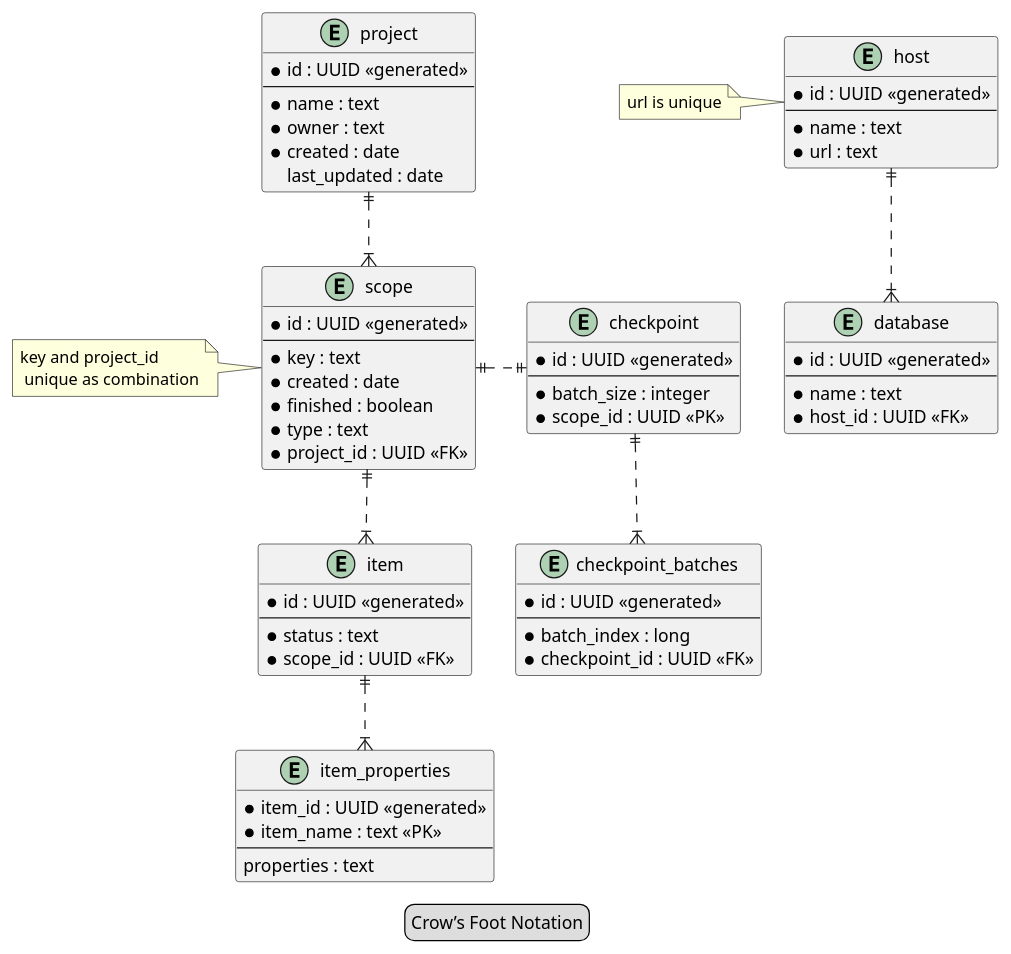
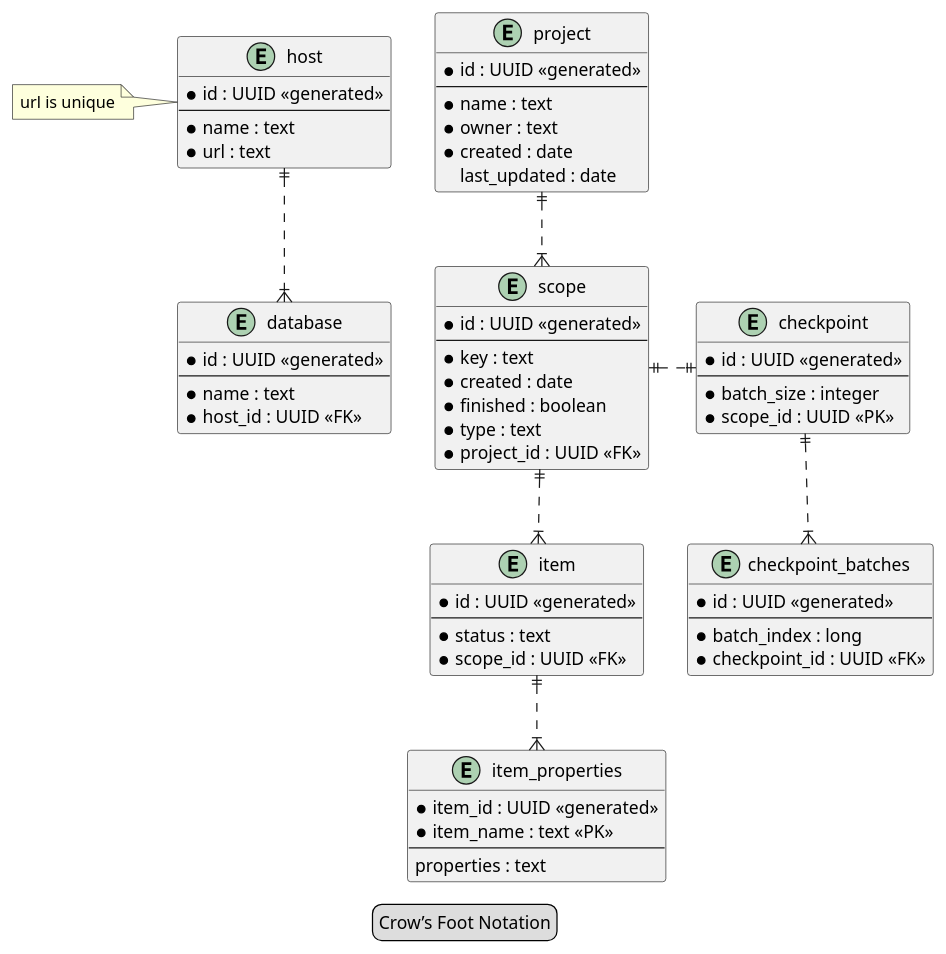
Before and after one commit to TuncerCatalkaya/data-migration: the diagram in data-migration-documentation/src/main/images/databaseModel.puml, drawn with PlantUML. The commit also changed 3 other files, not shown here.

```diff
--- a/data-migration-documentation/src/main/images/databaseModel.puml
+++ b/data-migration-documentation/src/main/images/databaseModel.puml
@@ -1,78 +1,77 @@
 @startuml
 legend Crow’s Foot Notation
 
 entity project {
     * id : UUID <<generated>>
     --
     * name : text
     * owner : text
     * created : date
     last_updated : date
 }
 
 entity scope {
     * id : UUID <<generated>>
     --
     * key : text
     * created : date
     * finished : boolean
     * type : text
     * project_id : UUID <<FK>>
 }
 
 entity item {
     * id : UUID <<generated>>
     --
     * status : text
     * scope_id : UUID <<FK>>
 }
 
 entity item_properties {
     * item_id : UUID <<generated>>
     * item_name : text <<PK>>
     --
     properties : text
 }
 
 entity checkpoint {
     * id : UUID <<generated>>
     --
     * batch_size : integer
     * scope_id : UUID <<PK>>
 }
 
 entity checkpoint_batches {
     * id : UUID <<generated>>
     --
     * batch_index : long
     * checkpoint_id : UUID <<FK>>
 }
 
 entity host {
     * id : UUID <<generated>>
     --
     * name : text
     * url : text
 }
 
 entity database {
     * id : UUID <<generated>>
     --
     * name : text
     * host_id : UUID <<FK>>
 }
 
-note left of scope : key and project_id \n unique as combination
 note left of host : url is unique
 
 project ||..|{ scope
 scope ||..|{ item
 item ||..|{ item_properties
 
 scope ||.|| checkpoint
 
 checkpoint ||..|{ checkpoint_batches
 
 host ||..|{ database
 
 @enduml
```
